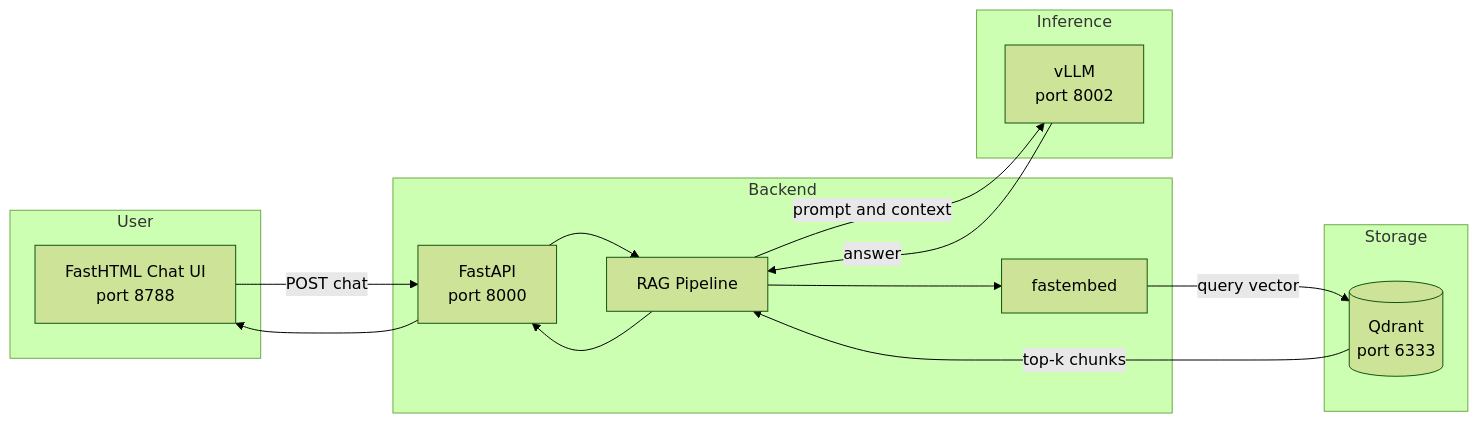
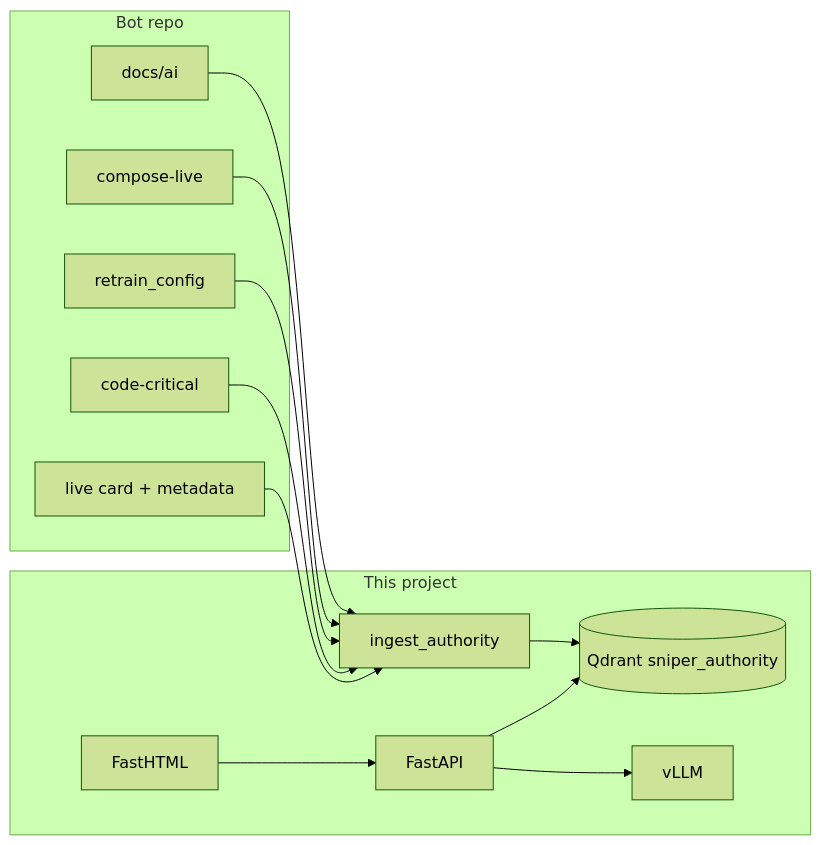
The diagram in README.md (seCRet-blip/RAG-project), drawn with Mermaid (forest theme) before and after one commit. The commit also changed other lines of this file and 38 other files, not shown here.

````diff
--- a/README.md
+++ b/README.md
@@ -35,30 +12,28 @@
 ```mermaid
 flowchart LR
-    subgraph userArea ["User"]
-        UI["FastHTML Chat UI<br/>port 8788"]
+    subgraph sources ["Bot repo"]
+        DOCS[docs/ai]
+        COMPOSE[compose-live]
+        CFG[retrain_config]
+        CODE[code-critical]
+        STATE[live card + metadata]
     end
 
-    subgraph backendArea ["Backend"]
-        API["FastAPI<br/>port 8000"]
-        RAG[RAG Pipeline]
-        EMB[fastembed]
+    subgraph rag ["This project"]
+        ING[ingest_authority]
+        QD[("Qdrant sniper_authority")]
+        API[FastAPI]
+        UI[FastHTML]
+        VLLM[vLLM]
     end
 
-    subgraph storageArea ["Storage"]
-        QD[("Qdrant<br/>port 6333")]
-    end
-
-    subgraph inferenceArea ["Inference"]
-        VLLM["vLLM<br/>port 8002"]
-    end
-
-    UI -->|POST chat| API
-    API --> RAG
-    RAG --> EMB
-    EMB -->|query vector| QD
-    QD -->|top-k chunks| RAG
-    RAG -->|prompt and context| VLLM
-    VLLM -->|answer| RAG
-    RAG --> API
-    API --> UI
+    DOCS --> ING
+    COMPOSE --> ING
+    CFG --> ING
+    CODE --> ING
+    STATE --> ING
+    ING --> QD
+    UI --> API
+    API --> QD
+    API --> VLLM
 ```
````
